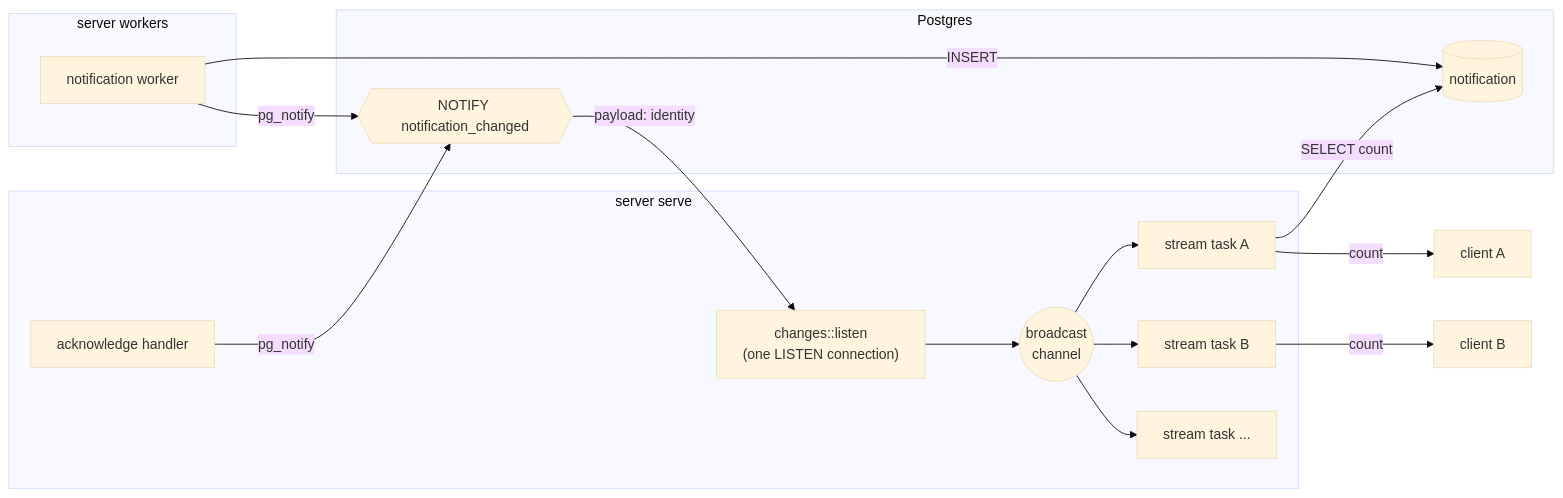
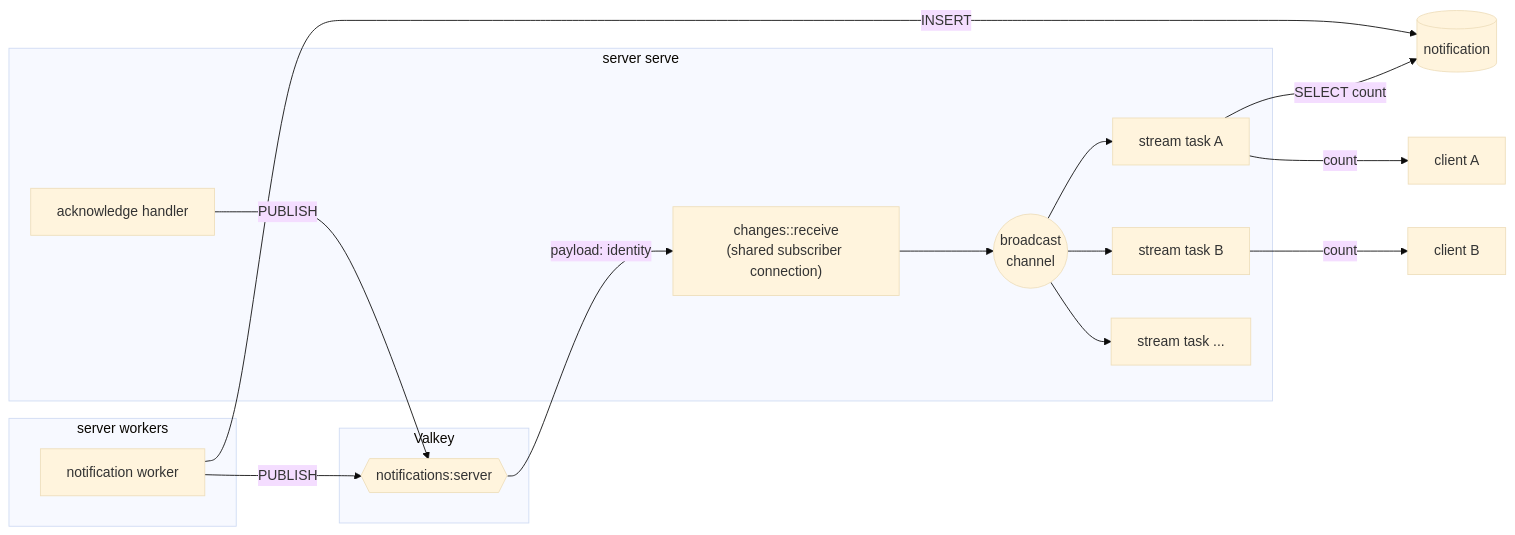
Before and after one commit to futo-org/Harbor: the first of 4 diagrams in docs/content/developer/unread-notifications.md, drawn with Mermaid (base theme). The commit also changed other lines of this file and 11 other files, not shown here.

````diff
--- a/docs/content/developer/unread-notifications.md
+++ b/docs/content/developer/unread-notifications.md
@@ -46,27 +49,27 @@
 ```mermaid
 flowchart LR
     subgraph workers["server workers"]
         W[notification worker]
     end
-    subgraph pg["Postgres"]
-        N[(notification)]
-        C{{"NOTIFY notification_changed"}}
+    PG[(notification)]
+    subgraph valkey["Valkey"]
+        C{{"notifications:server"}}
     end
     subgraph serve["server serve"]
-        L["changes::listen\n(one LISTEN connection)"]
+        L["changes::receive\n(shared subscriber connection)"]
         B(("broadcast\nchannel"))
         S1[stream task A]
         S2[stream task B]
         S3[stream task ...]
         ACK[acknowledge handler]
     end
-    W -- INSERT --> N
-    W -- pg_notify --> C
-    ACK -- pg_notify --> C
+    W -- INSERT --> PG
+    W -- PUBLISH --> C
+    ACK -- PUBLISH --> C
     C -- payload: identity --> L
     L --> B
     B --> S1 & S2 & S3
-    S1 -- SELECT count --> N
+    S1 -- SELECT count --> PG
     S1 -- count --> D1[client A]
     S2 -- count --> D2[client B]
 ```
````
